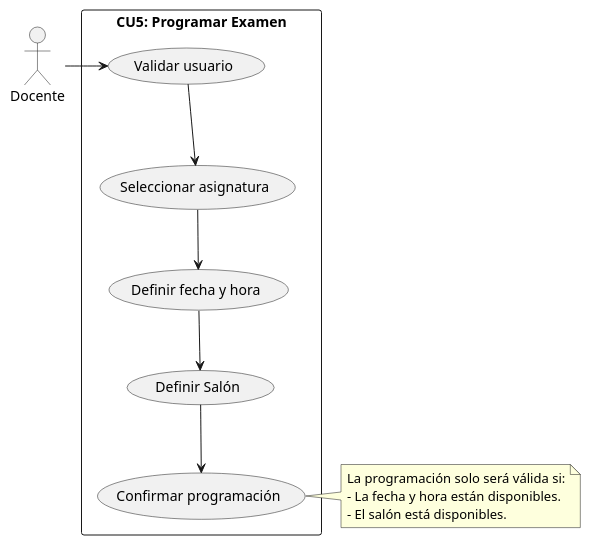
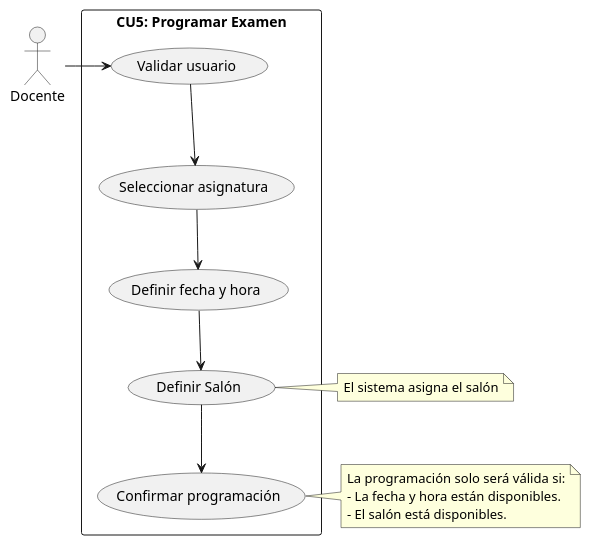
Before and after one commit to EdwinGuevarahub/Ingenieria-de-software-I: the diagram in Diagramas/CU5_programar_examen.wsd, drawn with PlantUML. The commit also changed other lines of this file and 1 other file, not shown here.

```diff
--- a/Diagramas/CU5_programar_examen.wsd
+++ b/Diagramas/CU5_programar_examen.wsd
@@ -1,24 +1,28 @@
 @startuml CU5
 actor Docente
 
 rectangle "CU5: Programar Examen" {
     usecase UC_ValidarCredenciales as "Validar usuario"
     usecase UC_SeleccionarAsignatura as "Seleccionar asignatura"
     usecase UC_DefinirFechaHora as "Definir fecha y hora"
     usecase UC_DefinirSalon as "Definir Salón"
     usecase UC_ConfirmarProgramacion as "Confirmar programación"
 }
 
 Docente -> UC_ValidarCredenciales
 UC_ValidarCredenciales --> UC_SeleccionarAsignatura
 UC_SeleccionarAsignatura --> UC_DefinirFechaHora
 UC_DefinirFechaHora --> UC_DefinirSalon
 UC_DefinirSalon --> UC_ConfirmarProgramacion
 
 note right of UC_ConfirmarProgramacion
 La programación solo será válida si:
 - La fecha y hora están disponibles.
 - El salón está disponibles.
 end note
 
+note right of UC_DefinirSalon
+El sistema asigna el salón
+end note
+
 @enduml
```
